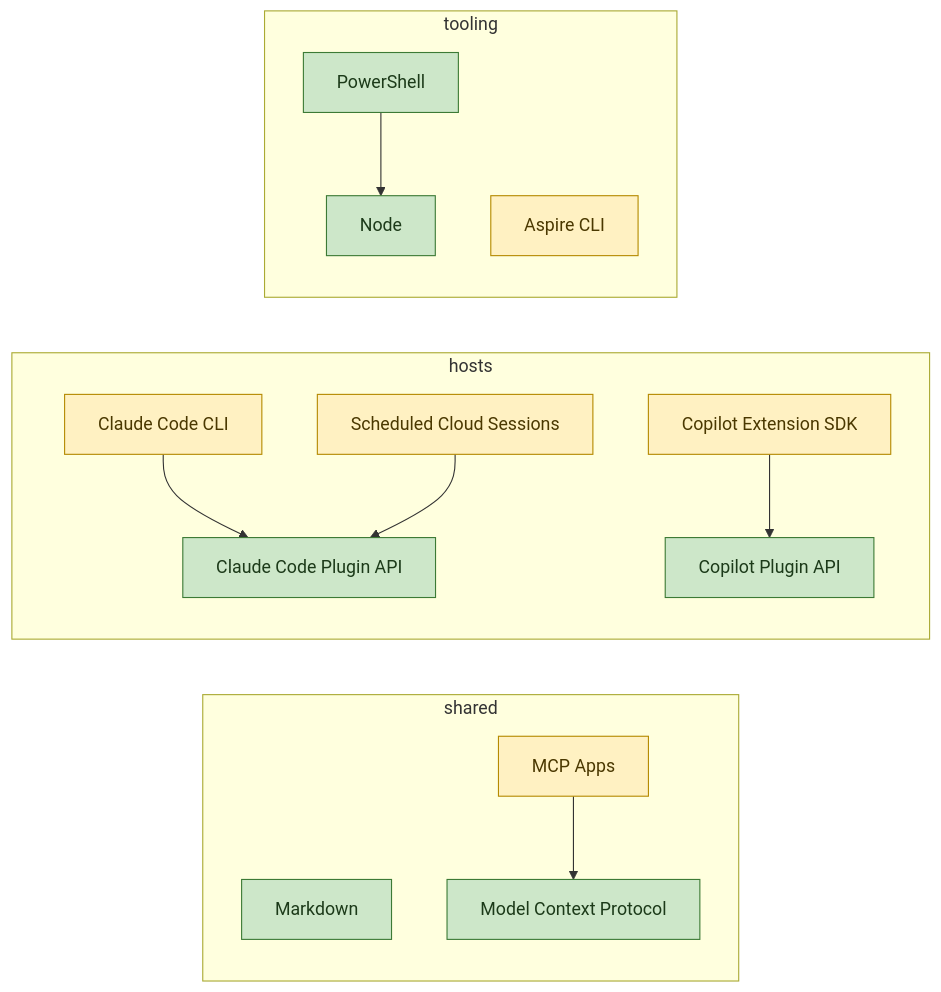
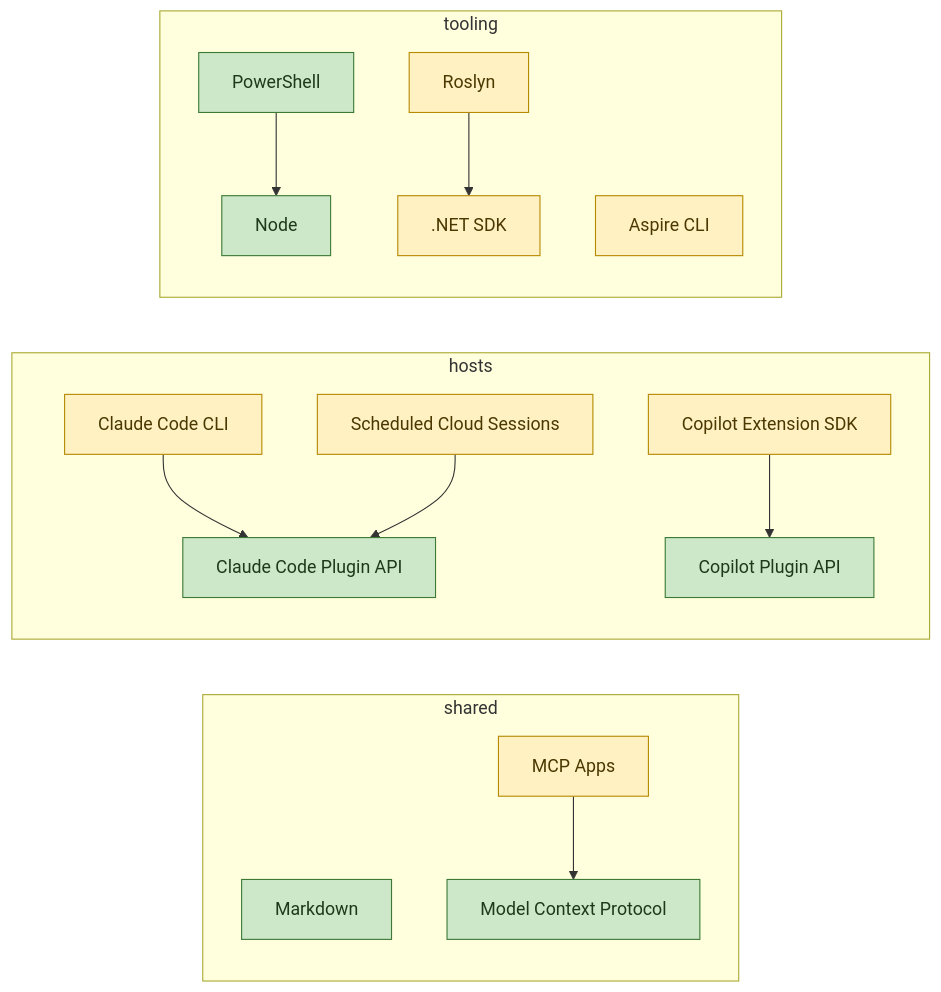
The diagram in .devbook/tech/technology-graph.md (JSdotNet/devbook), drawn with Mermaid before and after one commit. The commit also changed other lines of this file and 2 other files, not shown here.

First line of the commit message:
ci: install the .NET SDK for the code-model test, and register it in tech/

````diff
--- a/.devbook/tech/technology-graph.md
+++ b/.devbook/tech/technology-graph.md
@@ -28,29 +29,32 @@
 ```mermaid
 graph LR
   subgraph shared
     markdown[Markdown]
     mcp[Model Context Protocol]
     mcpApps[MCP Apps]
   end
   subgraph hosts
     claudeApi[Claude Code Plugin API]
     claudeCli[Claude Code CLI]
     copilotApi[Copilot Plugin API]
     copilotSdk[Copilot Extension SDK]
     scheduler[Scheduled Cloud Sessions]
   end
   subgraph tooling
     node[Node]
     pwsh[PowerShell]
     aspireCli[Aspire CLI]
+    dotnet[.NET SDK]
+    roslyn[Roslyn]
   end
   mcpApps --> mcp
   claudeCli --> claudeApi
   scheduler --> claudeApi
   copilotSdk --> copilotApi
   pwsh --> node
+  roslyn --> dotnet
   classDef adopted fill:#cde7c9,stroke:#3c7a35,color:#1c3a19;
   classDef trial fill:#fff1c2,stroke:#b58a00,color:#4a3800;
   class markdown,mcp,claudeApi,copilotApi,node,pwsh adopted;
-  class mcpApps,claudeCli,copilotSdk,scheduler,aspireCli trial;
+  class mcpApps,claudeCli,copilotSdk,scheduler,aspireCli,dotnet,roslyn trial;
 ```
````
